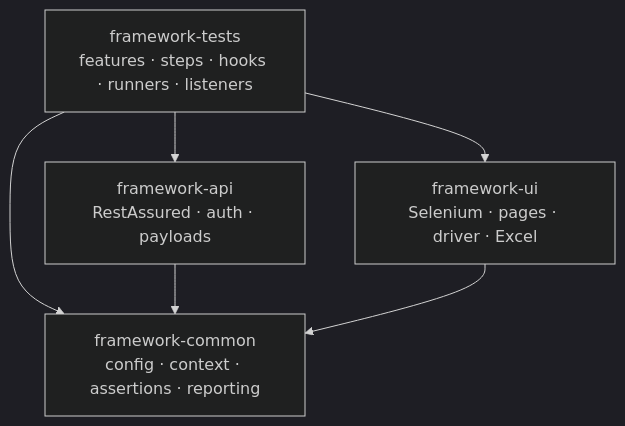
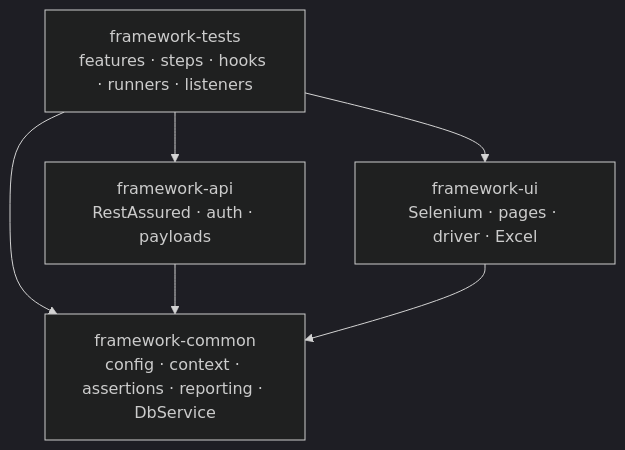
Before and after one commit to HensAmit/unified-framework: the diagram in README.md, drawn with Mermaid (dark theme). The commit also changed other lines of this file, not shown here.

````diff
--- a/README.md
+++ b/README.md
@@ -36,13 +39,13 @@
 ```mermaid
 graph TD
     tests[framework-tests<br/>features · steps · hooks · runners · listeners]
     api[framework-api<br/>RestAssured · auth · payloads]
     ui[framework-ui<br/>Selenium · pages · driver · Excel]
-    common[framework-common<br/>config · context · assertions · reporting]
+    common[framework-common<br/>config · context · assertions · reporting · DbService]
 
     tests --> api
     tests --> ui
     tests --> common
     api --> common
     ui --> common
 ```
````
